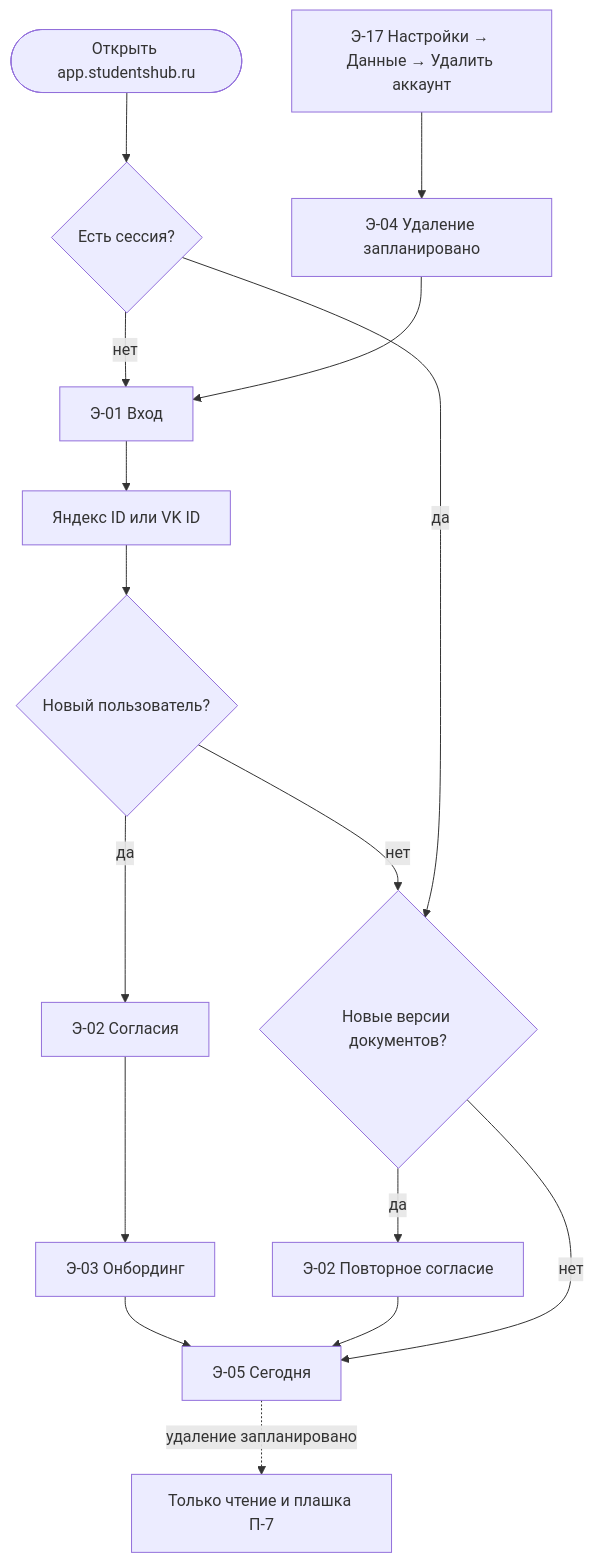
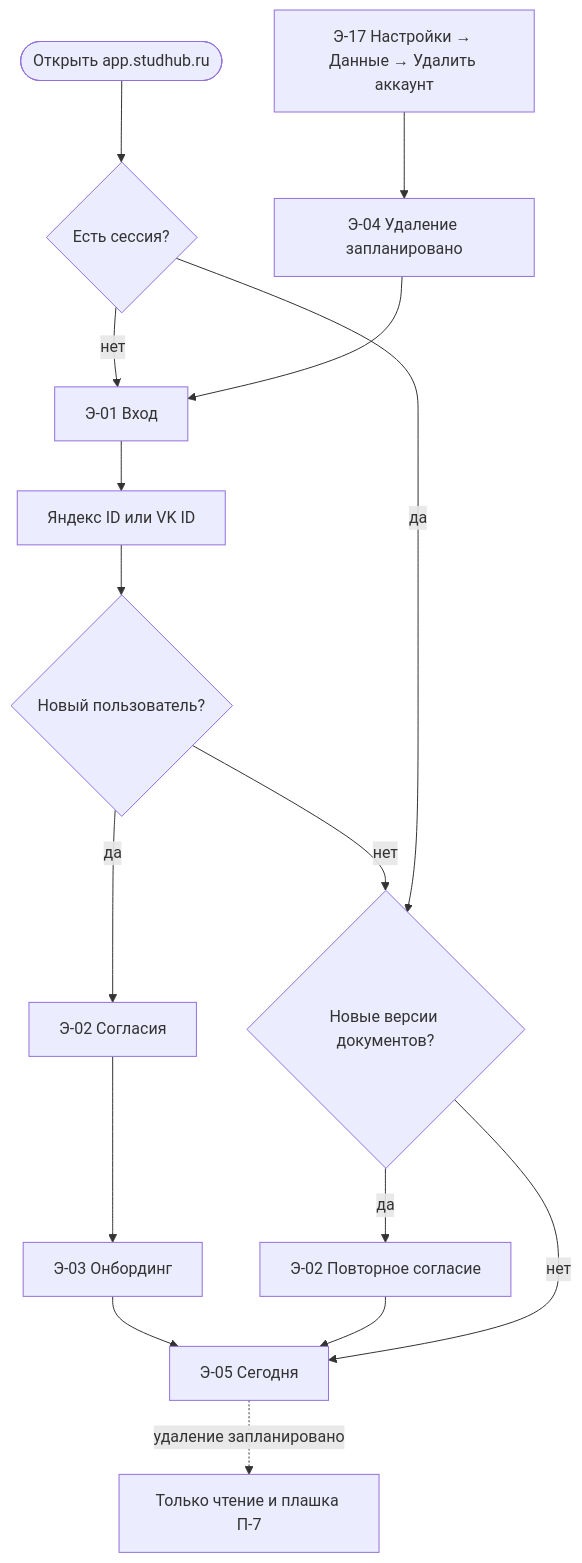
One commit to Nekomant/Studhub changed the first of 2 diagrams in docs/screens.md. Above: the diagram before and after it, drawn with Mermaid. The commit also changed other lines of this file and 37 other files, not shown here.

````diff
--- a/docs/screens.md
+++ b/docs/screens.md
@@ -124,18 +124,18 @@
 ```mermaid
 flowchart TD
-  open(["Открыть app.studentshub.ru"]) --> hasSession{"Есть сессия?"}
+  open(["Открыть app.studhub.ru"]) --> hasSession{"Есть сессия?"}
   hasSession -- "нет" --> login["Э-01 Вход"]
   login --> oauth["Яндекс ID или VK ID"]
   oauth --> isNew{"Новый пользователь?"}
   isNew -- "да" --> consent["Э-02 Согласия"]
   consent --> onboarding["Э-03 Онбординг"]
   onboarding --> today["Э-05 Сегодня"]
   isNew -- "нет" --> docs{"Новые версии документов?"}
   hasSession -- "да" --> docs
   docs -- "да" --> reconsent["Э-02 Повторное согласие"]
   reconsent --> today
   docs -- "нет" --> today
   today -. "удаление запланировано" .-> readonly["Только чтение и плашка П-7"]
   settingsData["Э-17 Настройки → Данные → Удалить аккаунт"] --> deletion["Э-04 Удаление запланировано"]
   deletion --> login
 ```
````
